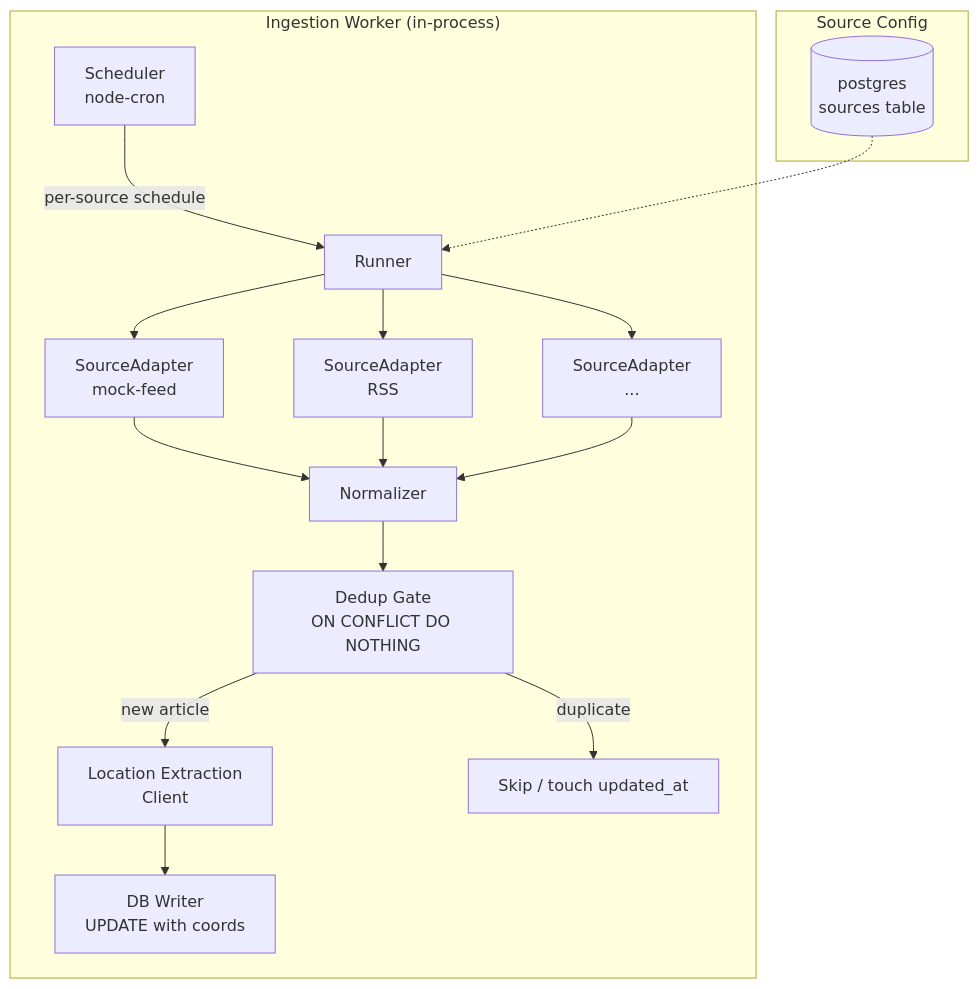
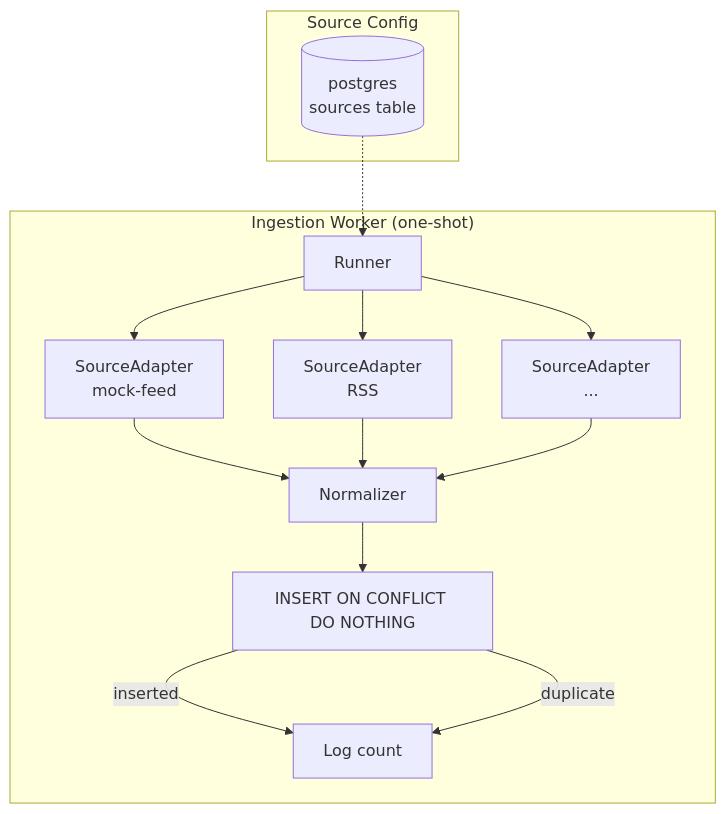
One commit to ConnectedWanderer/living-map changed the first of 2 diagrams in docs/architecture/ingestion-worker.md. Above: the diagram before and after it, drawn with Mermaid. The commit also changed other lines of this file and 13 other files, not shown here.

````diff
--- a/docs/architecture/ingestion-worker.md
+++ b/docs/architecture/ingestion-worker.md
@@ -19,22 +18,20 @@
 ```mermaid
 flowchart TD
-    subgraph Worker["Ingestion Worker (in-process)"]
-        S[Scheduler<br/>node-cron] -->|per-source schedule| R[Runner]
-        R --> A1[SourceAdapter<br/>mock-feed]
+    subgraph Worker["Ingestion Worker (one-shot)"]
+        R[Runner] --> A1[SourceAdapter<br/>mock-feed]
         R --> A2[SourceAdapter<br/>RSS]
         R --> A3[SourceAdapter<br/>...]
         A1 --> N[Normalizer]
         A2 --> N
         A3 --> N
-        N --> D[Dedup Gate<br/>ON CONFLICT DO NOTHING]
-        D -->|new article| LE[Location Extraction<br/>Client]
-        LE --> W[DB Writer<br/>UPDATE with coords]
-        D -->|duplicate| S2[Skip / touch updated_at]
+        N --> D[INSERT ON CONFLICT DO NOTHING]
+        D -->|inserted| L[Log count]
+        D -->|duplicate| L
     end
 
     subgraph Config["Source Config"]
         CT[(postgres<br/>sources table)]
     end
 
     CT -.-> R
 ```
````
